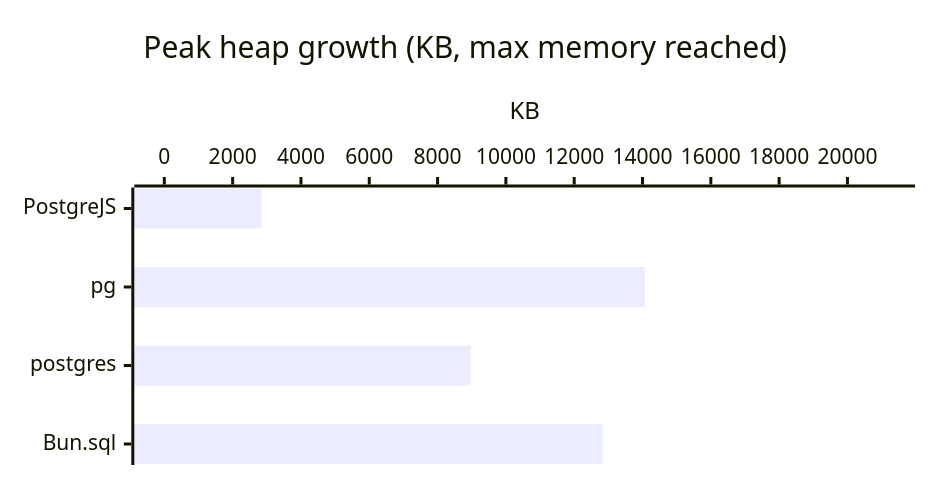
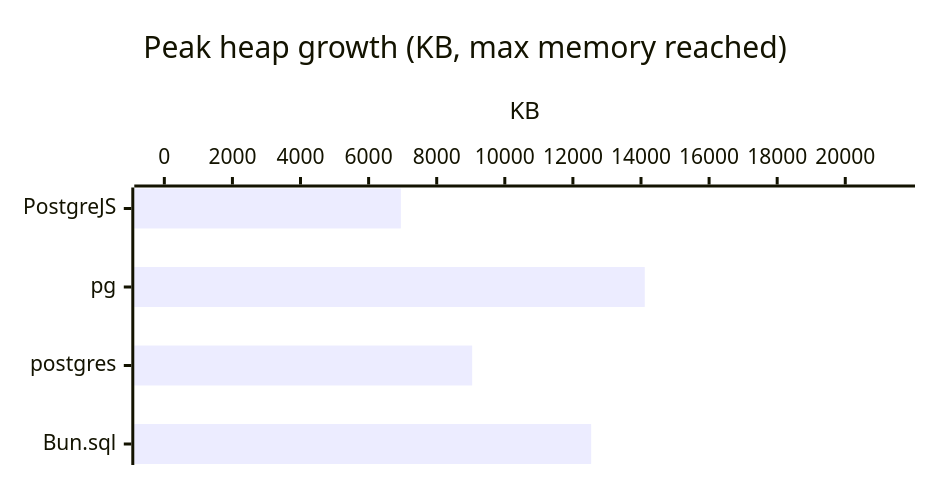
Diagram 41 of 56 in docs/getting-started/benchmarks-bun.md (panates/postgrejs-doc), drawn with Mermaid before and after one commit. The commit also changed other lines of this file and 17 other files, not shown here.

````diff
--- a/docs/getting-started/benchmarks-bun.md
+++ b/docs/getting-started/benchmarks-bun.md
@@ -1013,8 +1013,8 @@
 ```mermaid
 %%{init: {'xyChart': {'width': 600, 'height': 300, 'chartOrientation': 'horizontal'}}}%%
 xychart-beta
     title "Peak heap growth (KB, max memory reached)"
     x-axis ["PostgreJS", "pg", "postgres", "Bun.sql"]
-    y-axis "KB" 0.0000 --> 21098.2383
-    bar [2843.3262, 14065.4922, 8969.3955, 12829.3789]
+    y-axis "KB" 0.0000 --> 21165.5845
+    bar [6947.8955, 14110.3896, 9041.3662, 12535.9648]
 ```
````
